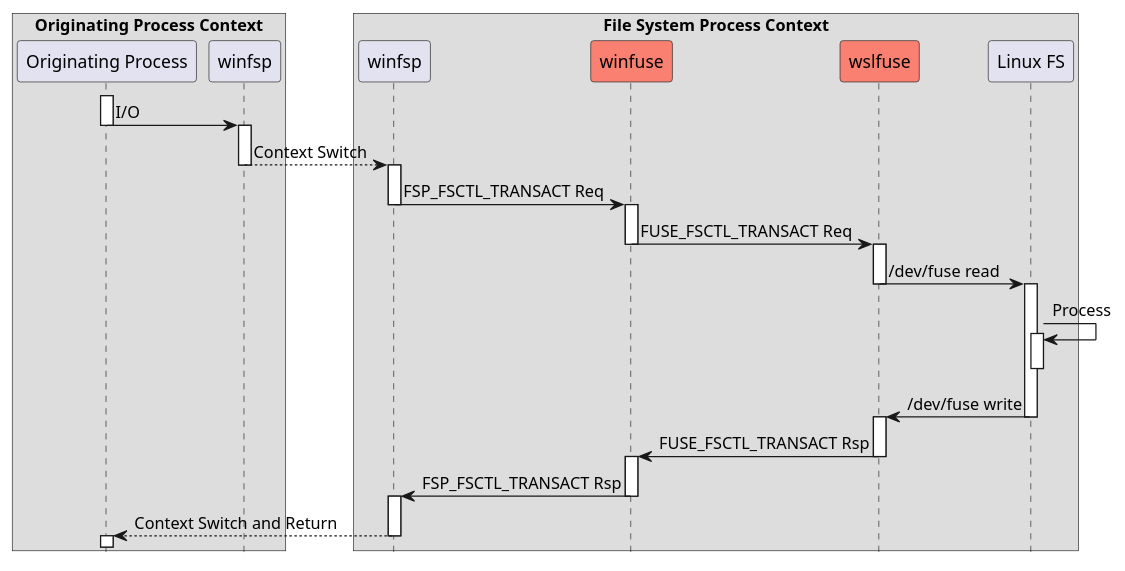
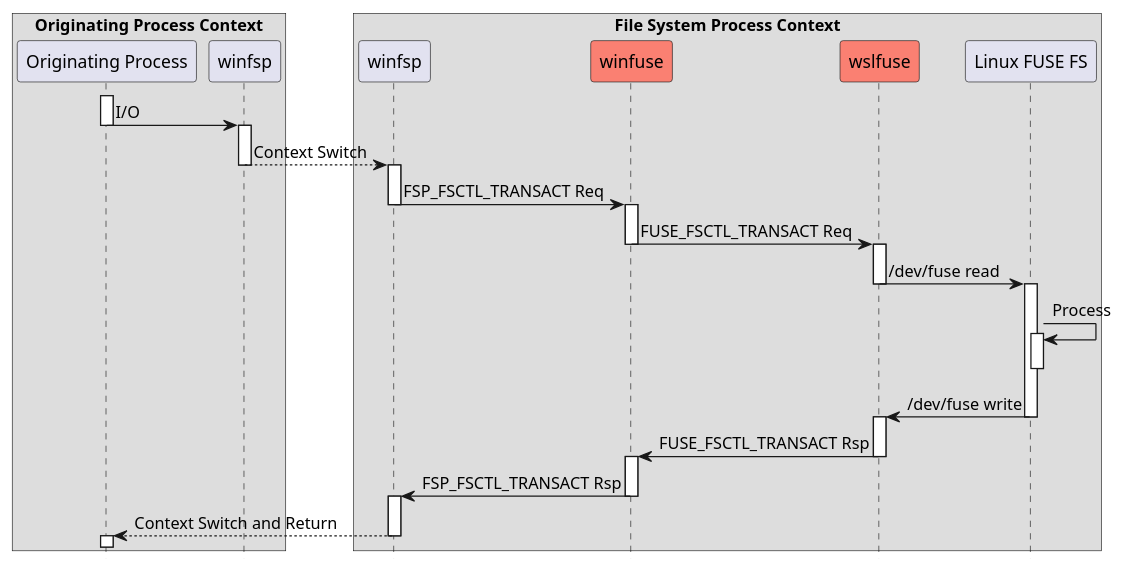
One commit to billziss-gh/winfuse changed the diagram in doc/wslseq.puml. Above: the diagram before and after it, drawn with PlantUML. The commit also changed 5 other files, not shown here.

Commit message:
doc: update diagrams

```diff
--- a/doc/wslseq.puml
+++ b/doc/wslseq.puml
@@ -1,44 +1,44 @@
 hide footbox
 
 box "Originating Process Context"
     participant "Originating Process" as OP
     participant "winfsp" as winfspOP
 end box
 box "File System Process Context"
     participant "winfsp" as winfspFS
     participant winfuse #Salmon
     participant wslfuse #Salmon
-    participant "Linux FS" as FS
+    participant "Linux FUSE FS" as FS
 end box
 
 activate OP
 OP->winfspOP: I/O
 deactivate OP
 activate winfspOP
 winfspOP-->winfspFS: Context Switch
 deactivate winfspOP
 activate winfspFS
 winfspFS->winfuse: FSP_FSCTL_TRANSACT Req
 deactivate winfspFS
 activate winfuse
 winfuse->wslfuse: FUSE_FSCTL_TRANSACT Req
 deactivate winfuse
 activate wslfuse
 wslfuse->FS: /dev/fuse read
 deactivate wslfuse
 activate FS
 FS->FS: Process
 activate FS
 deactivate FS
 FS->wslfuse: /dev/fuse write
 deactivate FS
 activate wslfuse
 wslfuse->winfuse: FUSE_FSCTL_TRANSACT Rsp
 deactivate wslfuse
 activate winfuse
 winfuse->winfspFS: FSP_FSCTL_TRANSACT Rsp
 deactivate winfuse
 activate winfspFS
 winfspFS-->OP: Context Switch and Return
 deactivate winfspFS
 activate OP
```
